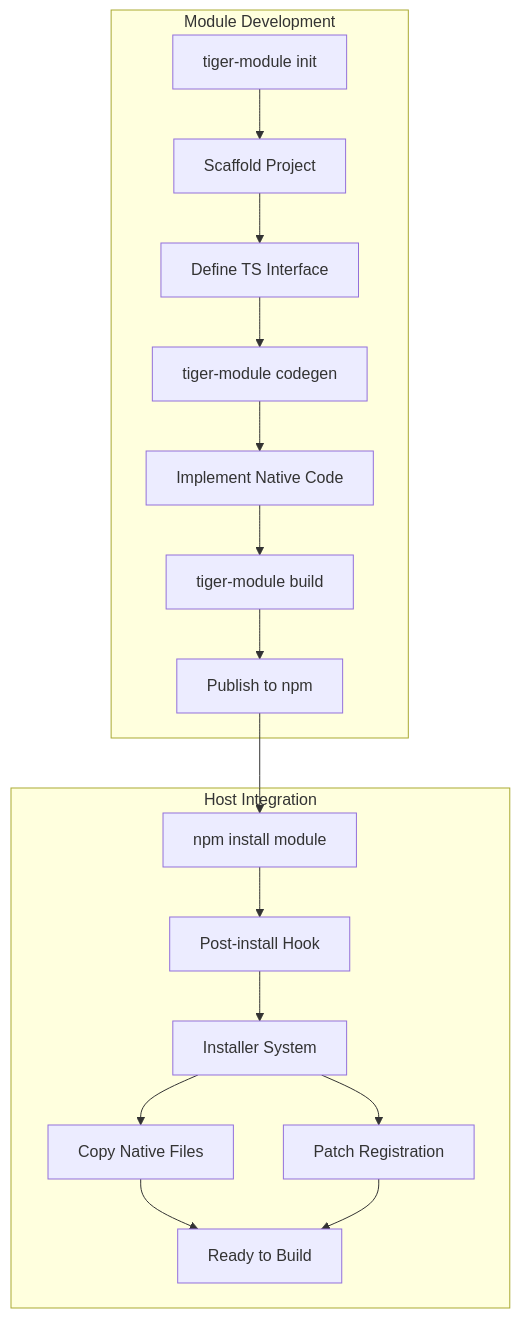
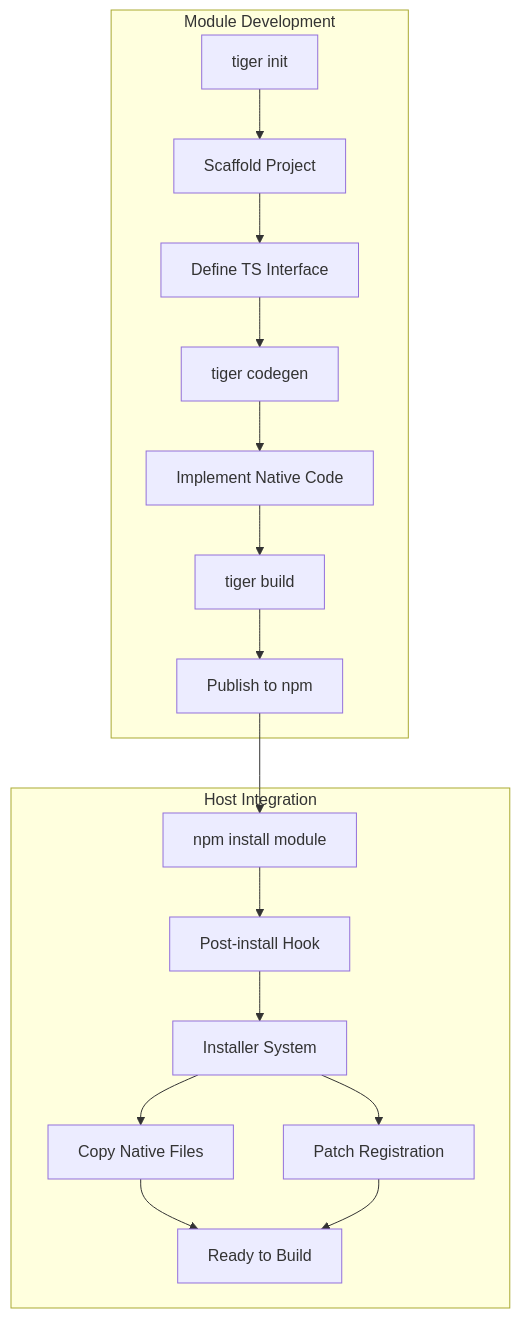
The first of 2 diagrams in .kiro/specs/lynxjs-module-installer/design.md (HimanshuKumarDutt094/tiger-modules), drawn with Mermaid before and after one commit. The commit also changed other lines of this file and 138 other files, not shown here.

````diff
--- a/.kiro/specs/lynxjs-module-installer/design.md
+++ b/.kiro/specs/lynxjs-module-installer/design.md
@@ -17,22 +17,22 @@
 ```mermaid
 graph TB
     subgraph "Module Development"
-        A[tiger-module init] --> B[Scaffold Project]
+        A[tiger init] --> B[Scaffold Project]
         B --> C[Define TS Interface]
-        C --> D[tiger-module codegen]
+        C --> D[tiger codegen]
         D --> E[Implement Native Code]
-        E --> F[tiger-module build]
+        E --> F[tiger build]
         F --> G[Publish to npm]
     end
 
     subgraph "Host Integration"
         H[npm install module] --> I[Post-install Hook]
         I --> J[Installer System]
         J --> K[Copy Native Files]
         J --> L[Patch Registration]
         K --> M[Ready to Build]
         L --> M
     end
 
     G --> H
 ```
````
